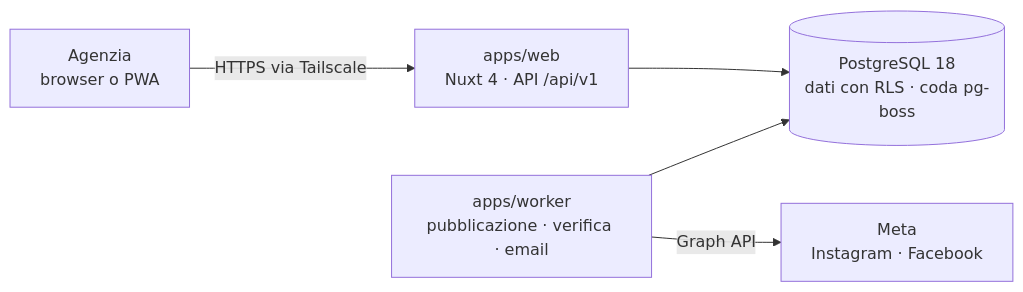
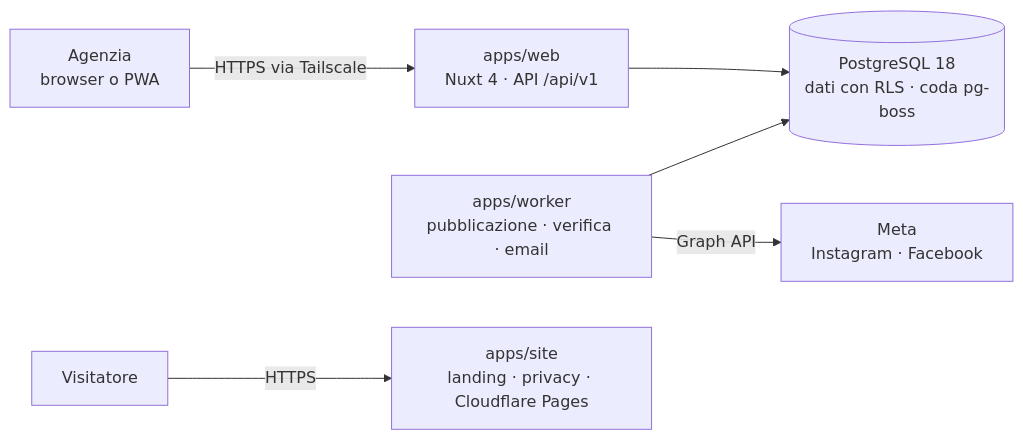
Before and after one commit to grecomatteo/Feedway: the diagram in README.md, drawn with Mermaid. The commit also changed other lines of this file and 23 other files, not shown here.

Commit message:
feat(site): pubblicazione su Cloudflare Pages, controlli in CI e guida passo passo

````diff
--- a/README.md
+++ b/README.md
@@ -86,7 +86,8 @@
 ```mermaid
 flowchart LR
   U[Agenzia<br>browser o PWA] -->|HTTPS via Tailscale| W[apps/web<br>Nuxt 4 · API /api/v1]
   W --> DB[(PostgreSQL 18<br>dati con RLS · coda pg-boss)]
   K[apps/worker<br>pubblicazione · verifica · email] --> DB
   K -->|Graph API| M[Meta<br>Instagram · Facebook]
+  V[Visitatore] -->|HTTPS| S[apps/site<br>landing · privacy · Cloudflare Pages]
 ```
````
